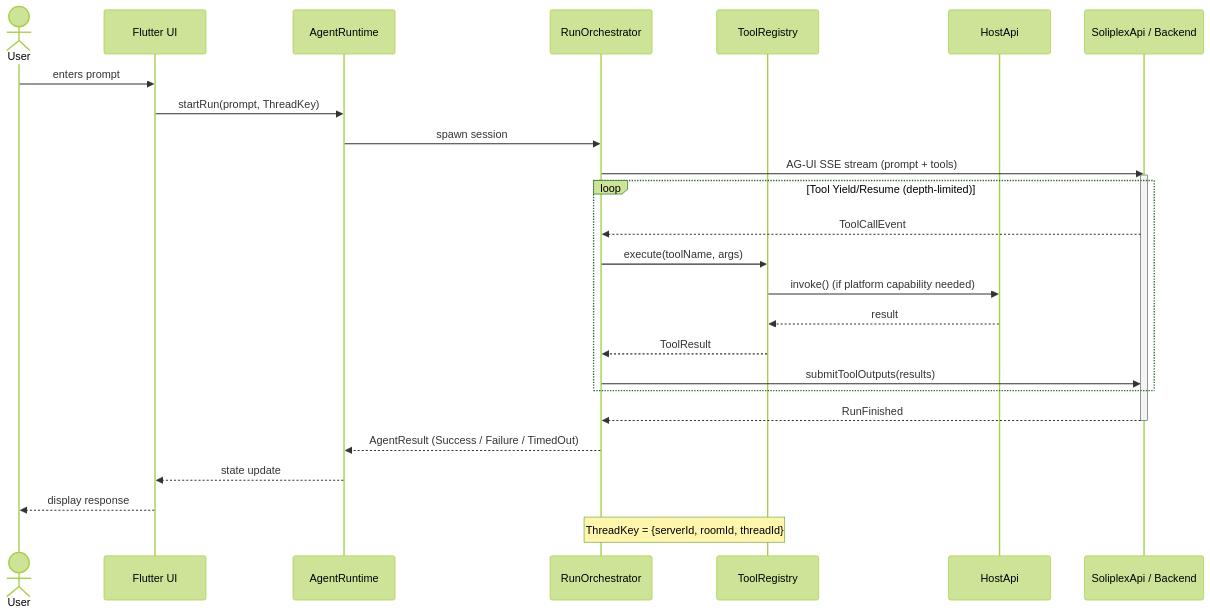
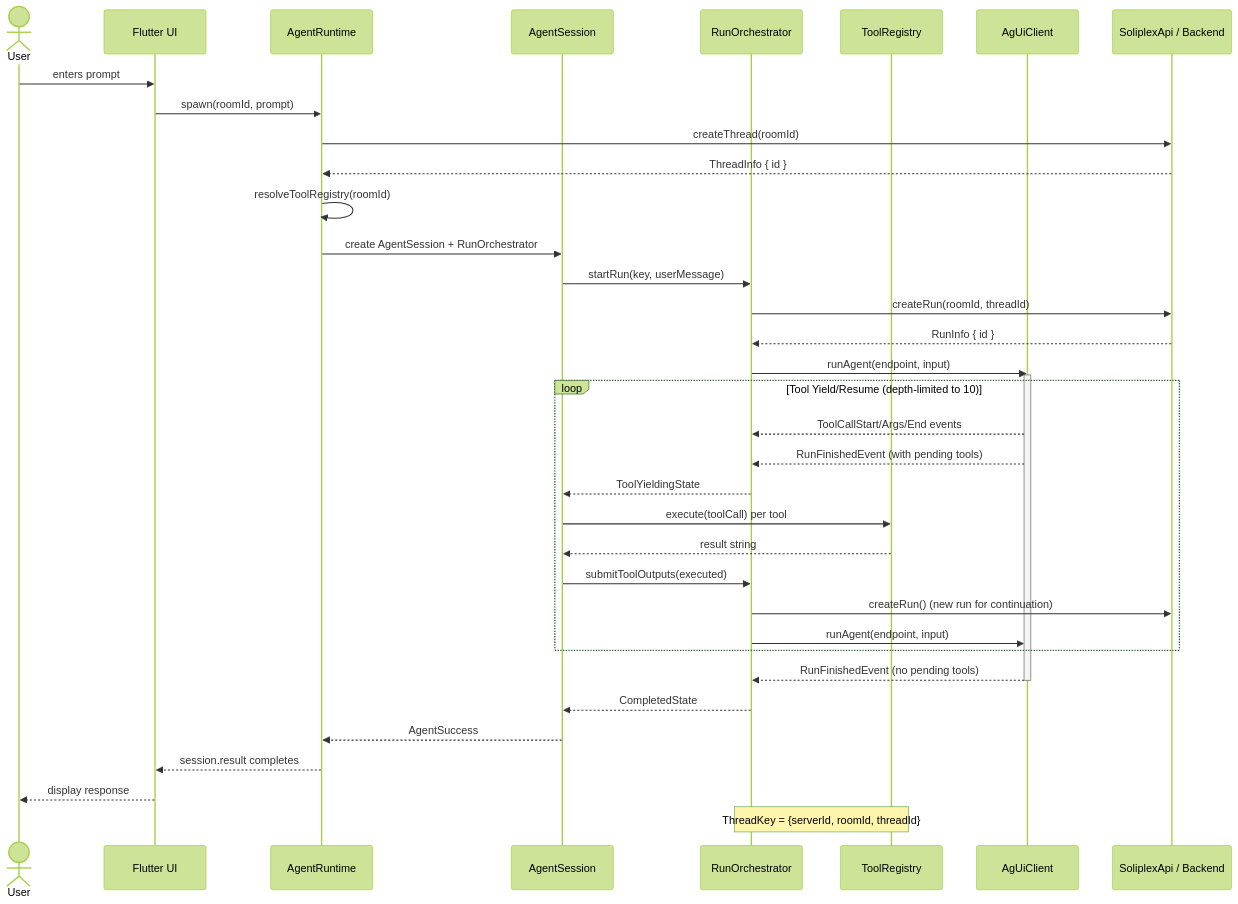
One commit to runyaga/flutter changed the fourth of 5 diagrams in docs/design/diagrams.md. Above: the diagram before and after it, drawn with Mermaid (forest theme). The commit also changed other lines of this file and 3 other files, not shown here.

````diff
--- a/docs/design/diagrams.md
+++ b/docs/design/diagrams.md
@@ -128,35 +114,45 @@
 ```mermaid
 sequenceDiagram
     actor User
     participant UI as Flutter UI
     participant RT as AgentRuntime
+    participant Session as AgentSession
     participant RO as RunOrchestrator
     participant TR as ToolRegistry
-    participant HA as HostApi
+    participant AGUI as AgUiClient
     participant BE as SoliplexApi / Backend
 
     User->>UI: enters prompt
-    UI->>RT: startRun(prompt, ThreadKey)
-    RT->>RO: spawn session
+    UI->>RT: spawn(roomId, prompt)
+    RT->>BE: createThread(roomId)
+    BE-->>RT: ThreadInfo { id }
+    RT->>RT: resolveToolRegistry(roomId)
+    RT->>Session: create AgentSession + RunOrchestrator
 
-    RO->>BE: AG-UI SSE stream (prompt + tools)
-    activate BE
+    Session->>RO: startRun(key, userMessage)
+    RO->>BE: createRun(roomId, threadId)
+    BE-->>RO: RunInfo { id }
+    RO->>AGUI: runAgent(endpoint, input)
+    activate AGUI
 
-    loop Tool Yield/Resume (depth-limited)
-        BE-->>RO: ToolCallEvent
-        RO->>TR: execute(toolName, args)
-        TR->>HA: invoke() (if platform capability needed)
-        HA-->>TR: result
-        TR-->>RO: ToolResult
-        RO->>BE: submitToolOutputs(results)
+    loop Tool Yield/Resume (depth-limited to 10)
+        AGUI-->>RO: ToolCallStart/Args/End events
+        AGUI-->>RO: RunFinishedEvent (with pending tools)
+        RO-->>Session: ToolYieldingState
+        Session->>TR: execute(toolCall) per tool
+        TR-->>Session: result string
+        Session->>RO: submitToolOutputs(executed)
+        RO->>BE: createRun() (new run for continuation)
+        RO->>AGUI: runAgent(endpoint, input)
     end
 
-    BE-->>RO: RunFinished
-    deactivate BE
+    AGUI-->>RO: RunFinishedEvent (no pending tools)
+    deactivate AGUI
+    RO-->>Session: CompletedState
 
-    RO-->>RT: AgentResult (Success / Failure / TimedOut)
-    RT-->>UI: state update
+    Session-->>RT: AgentSuccess
+    RT-->>UI: session.result completes
     UI-->>User: display response
 
     Note over RO,TR: ThreadKey = {serverId, roomId, threadId}
 ```
````
